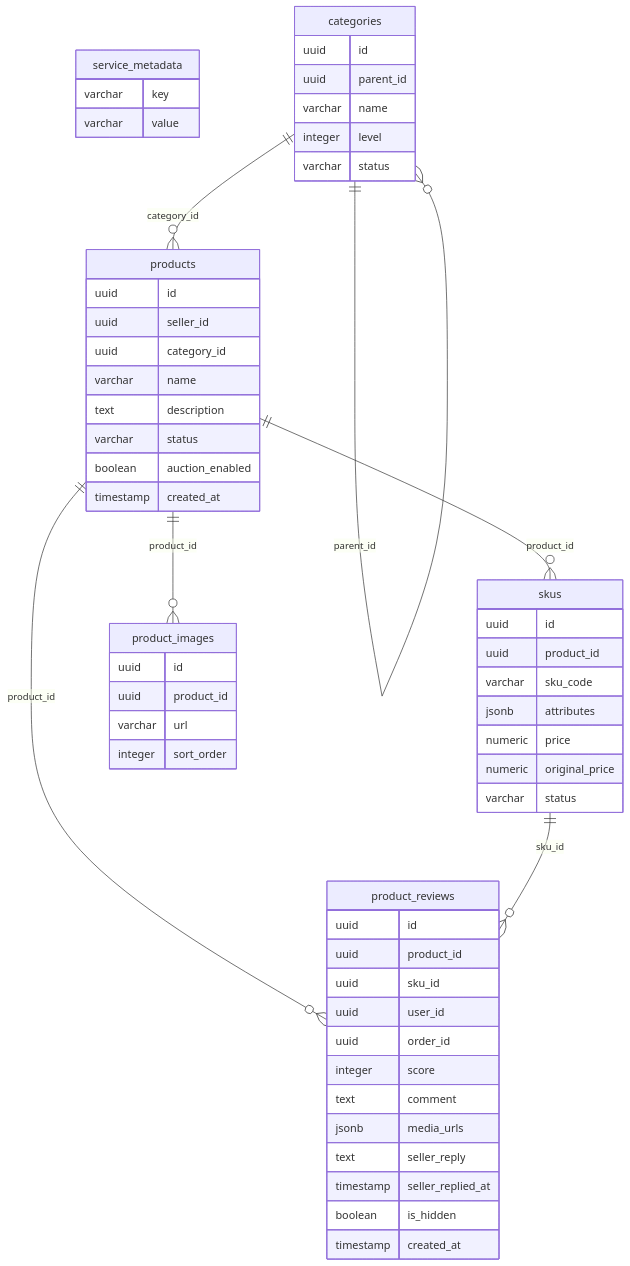
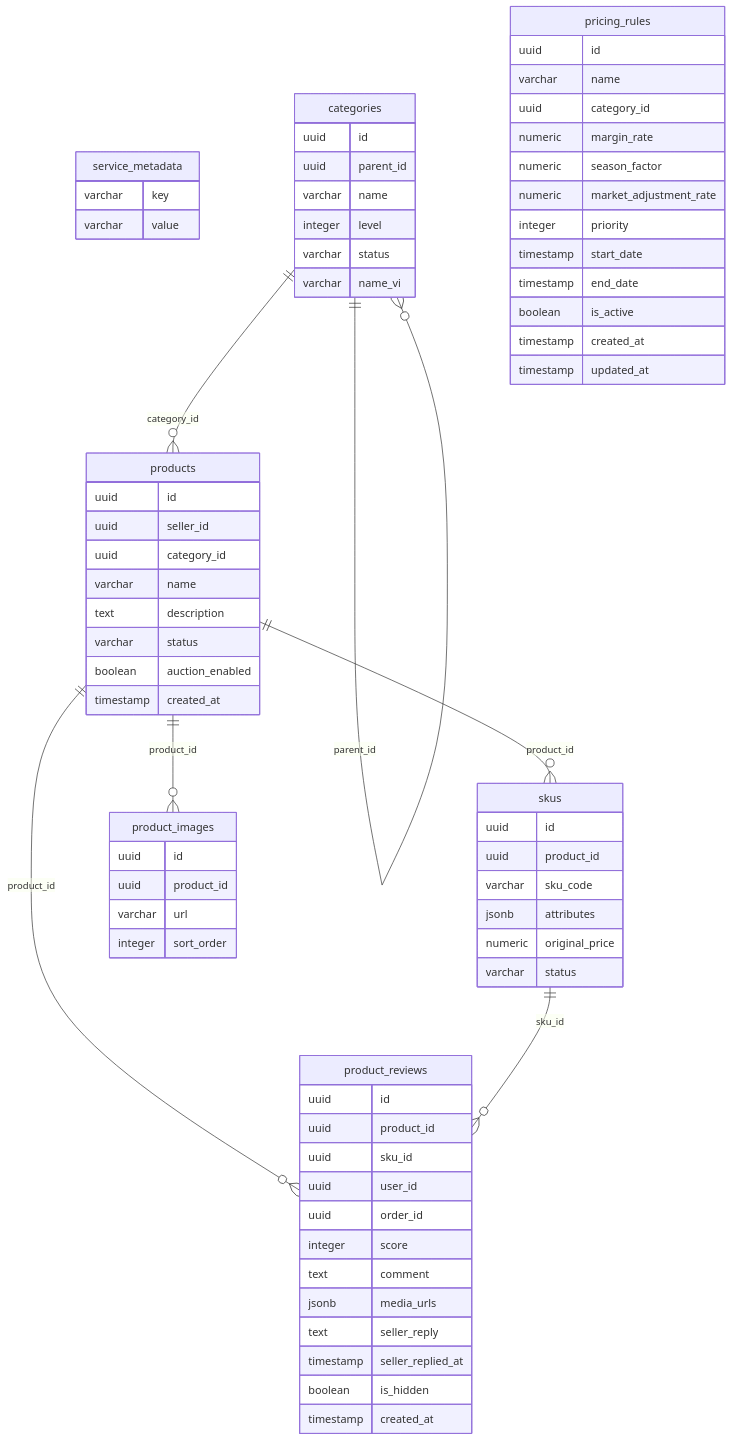
Before and after one commit to harry-leon/e-commerce-auction: the second of 7 diagrams in docs/database/ERD.md, drawn with Mermaid. The commit also changed other lines of this file and 95 other files, not shown here.

````diff
--- a/docs/database/ERD.md
+++ b/docs/database/ERD.md
@@ -33,59 +33,73 @@
 ```mermaid
 erDiagram
   service_metadata {
     varchar key
     varchar value
   }
   categories {
     uuid id
     uuid parent_id
     varchar name
     integer level
     varchar status
+    varchar name_vi
   }
   products {
     uuid id
     uuid seller_id
     uuid category_id
     varchar name
     text description
     varchar status
     boolean auction_enabled
     timestamp created_at
   }
   skus {
     uuid id
     uuid product_id
     varchar sku_code
     jsonb attributes
-    numeric price
     numeric original_price
     varchar status
   }
   product_images {
     uuid id
     uuid product_id
     varchar url
     integer sort_order
   }
   product_reviews {
     uuid id
     uuid product_id
     uuid sku_id
     uuid user_id
     uuid order_id
     integer score
     text comment
     jsonb media_urls
     text seller_reply
     timestamp seller_replied_at
     boolean is_hidden
     timestamp created_at
   }
+  pricing_rules {
+    uuid id
+    varchar name
+    uuid category_id
+    numeric margin_rate
+    numeric season_factor
+    numeric market_adjustment_rate
+    integer priority
+    timestamp start_date
+    timestamp end_date
+    boolean is_active
+    timestamp created_at
+    timestamp updated_at
+  }
   categories ||--o{ categories : parent_id
   categories ||--o{ products : category_id
   products ||--o{ skus : product_id
   products ||--o{ product_images : product_id
   products ||--o{ product_reviews : product_id
   skus ||--o{ product_reviews : sku_id
 ```
````
